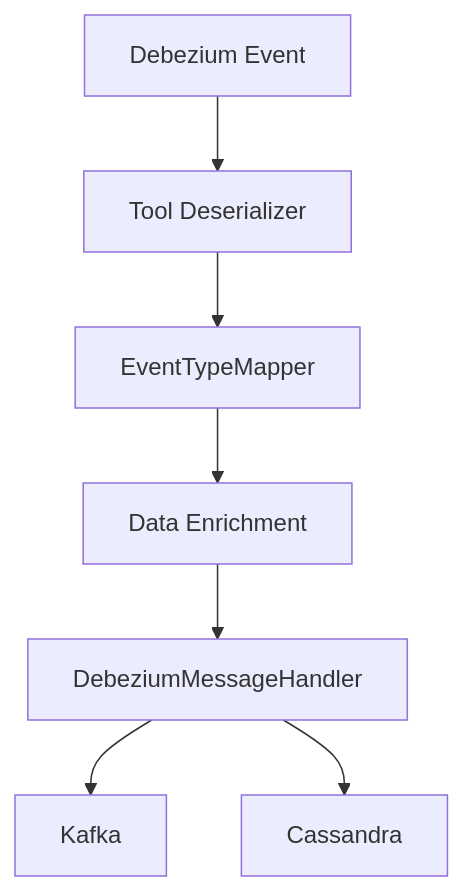
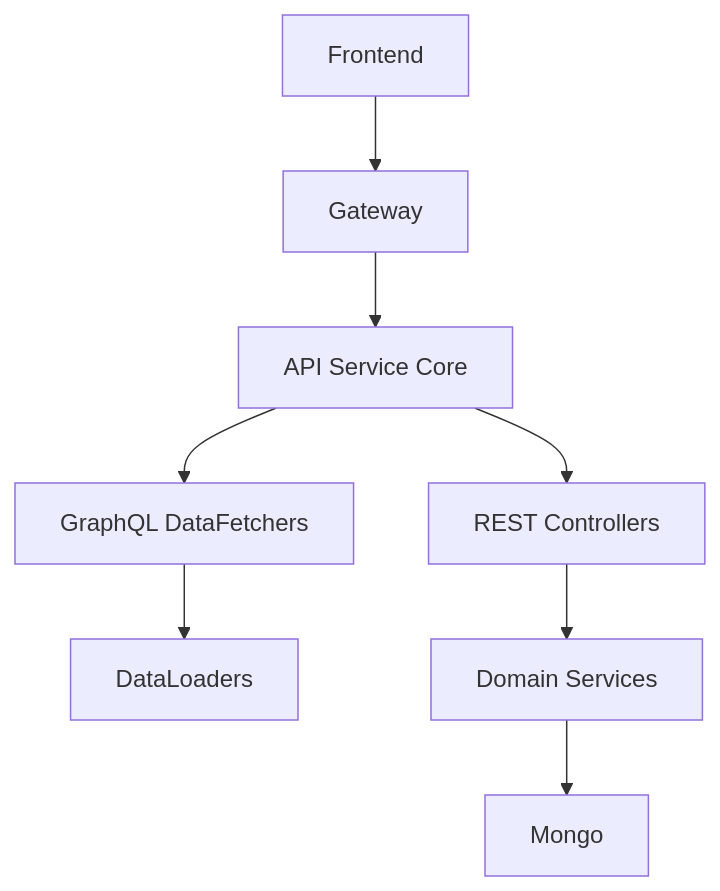
One commit to Praesto-Pro/openframe-oss-tenant changed the fourth of 8 diagrams in docs/architecture/README.md. Above: the diagram before and after it, drawn with Mermaid. The commit also changed other lines of this file and 174 other files, not shown here.

````diff
--- a/docs/architecture/README.md
+++ b/docs/architecture/README.md
@@ -233,9 +162,11 @@
 ```mermaid
 flowchart TD
-    Debezium["Debezium Event"] --> Deserializer["Tool Deserializer"]
-    Deserializer --> Mapper["EventTypeMapper"]
-    Mapper --> Enrichment["Data Enrichment"]
-    Enrichment --> Handler["DebeziumMessageHandler"]
-    Handler --> KafkaOut["Kafka"]
-    Handler --> CassandraOut["Cassandra"]
+    Client["Frontend"] --> Gateway
+    Gateway --> ApiService["API Service Core"]
+
+    ApiService --> Controllers["REST Controllers"]
+    ApiService --> GraphQL["GraphQL DataFetchers"]
+    GraphQL --> DataLoaders["DataLoaders"]
+    Controllers --> Services["Domain Services"]
+    Services --> Mongo
 ```
````
